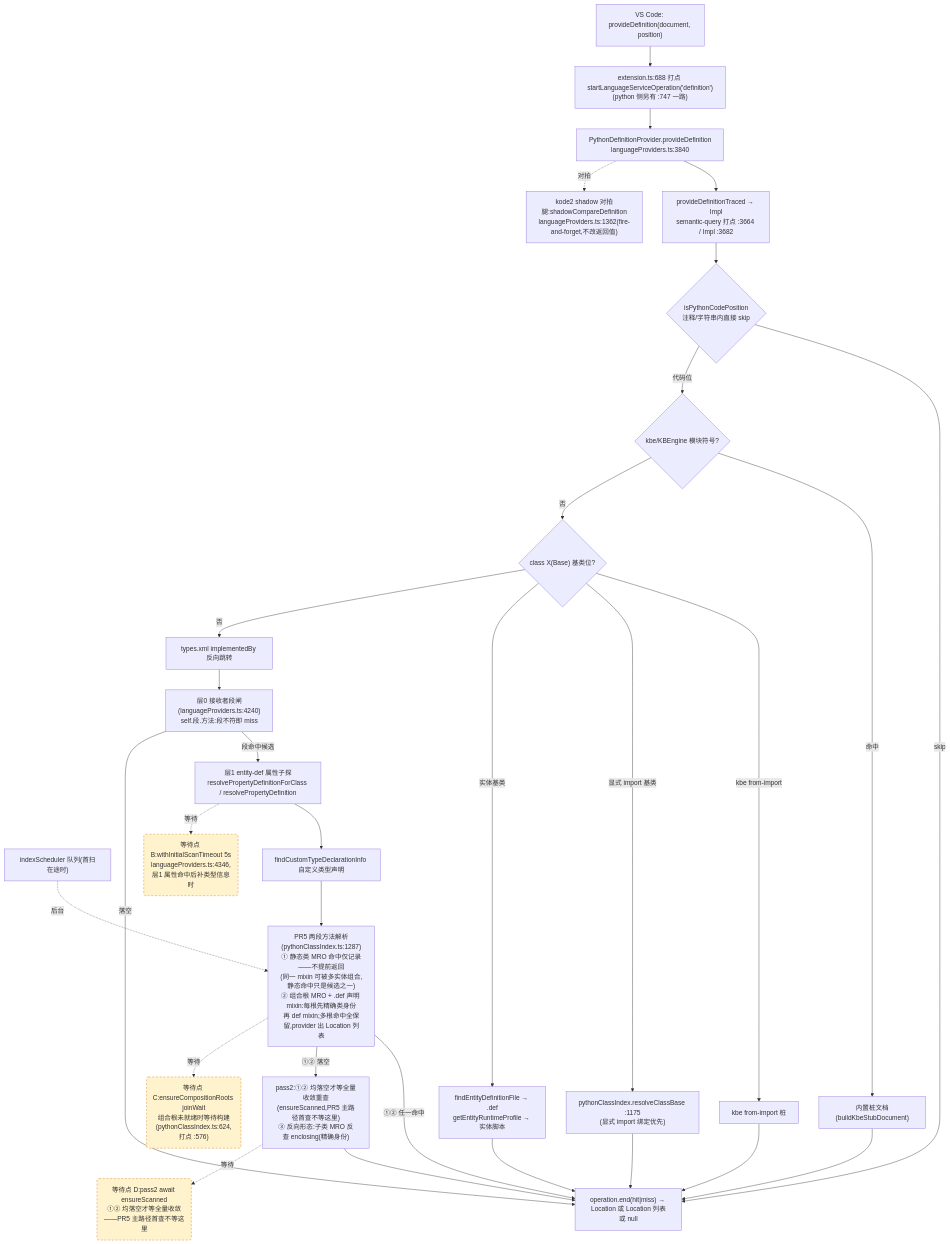
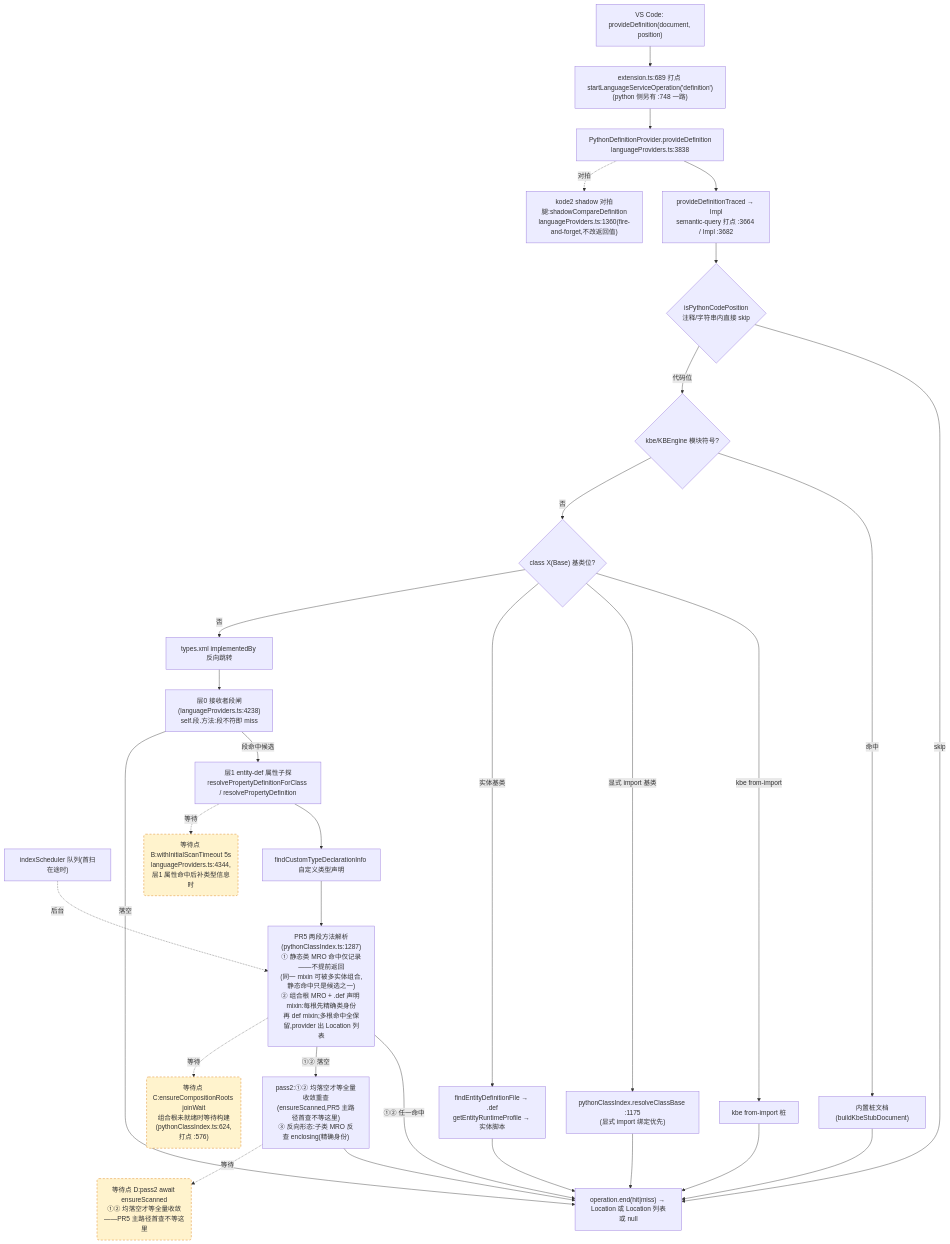
The second of 4 diagrams in docs/perf/2026-baseline.md (cuihairu/kode), drawn with Mermaid before and after one commit. The commit also changed other lines of this file and 9 other files, not shown here.

````diff
--- a/docs/perf/2026-baseline.md
+++ b/docs/perf/2026-baseline.md
@@ -130,51 +130,51 @@
 ```mermaid
 flowchart TD
   VC2["VS Code: provideDefinition(document, position)"]
-  M2["extension.ts:688 打点 startLanguageServiceOperation('definition')<br/>(python 侧另有 :747 一路)"]
-  AD2["PythonDefinitionProvider.provideDefinition<br/>languageProviders.ts:3840"]
+  M2["extension.ts:689 打点 startLanguageServiceOperation('definition')<br/>(python 侧另有 :748 一路)"]
+  AD2["PythonDefinitionProvider.provideDefinition<br/>languageProviders.ts:3838"]
   TR["provideDefinitionTraced → Impl<br/>semantic-query 打点 :3664 / Impl :3682"]
   CTX{"isPythonCodePosition<br/>注释/字符串内直接 skip"}
   KBE{"kbe/KBEngine 模块符号?"}
   STUB["内置桩文档(buildKbeStubDocument)"]
   CB{"class X(Base) 基类位?"}
   CB1["kbe from-import 桩"]
   CB2["pythonClassIndex.resolveClassBase :1175<br/>(显式 import 绑定优先)"]
   CB3["findEntityDefinitionFile → .def<br/>getEntityRuntimeProfile → 实体脚本"]
   REV["types.xml implementedBy 反向跳转"]
-  L0["层0 接收者段闸(languageProviders.ts:4240)<br/>self.段.方法:段不符即 miss"]
+  L0["层0 接收者段闸(languageProviders.ts:4238)<br/>self.段.方法:段不符即 miss"]
   L1["层1 entity-def 属性子探<br/>resolvePropertyDefinitionForClass / resolvePropertyDefinition"]
   SCAN["indexScheduler 队列(首扫在途时)"]
   TY["findCustomTypeDeclarationInfo 自定义类型声明"]
   MRO["PR5 两段方法解析(pythonClassIndex.ts:1287)<br/>① 静态类 MRO 命中仅记录——不提前返回<br/>(同一 mixin 可被多实体组合,静态命中只是候选之一)<br/>② 组合根 MRO + .def 声明 mixin:每根先精确类身份<br/>再 def mixin;多根命中全保留,provider 出 Location 列表"]
   PASS2["pass2:①② 均落空才等全量收敛重查<br/>(ensureScanned,PR5 主路径首查不等这里)<br/>③ 反向形态:子类 MRO 反查 enclosing(精确身份)"]
-  SHD["kode2 shadow 对拍腿:shadowCompareDefinition<br/>languageProviders.ts:1362(fire-and-forget,不改返回值)"]
+  SHD["kode2 shadow 对拍腿:shadowCompareDefinition<br/>languageProviders.ts:1360(fire-and-forget,不改返回值)"]
   END2["operation.end(hit|miss) → Location 或 Location 列表或 null"]
 
   VC2 --> M2 --> AD2 --> TR --> CTX
   CTX -- "skip" --> END2
   CTX -- "代码位" --> KBE
   KBE -- "命中" --> STUB --> END2
   KBE -- "否" --> CB
   CB -- "kbe from-import" --> CB1 --> END2
   CB -- "显式 import 基类" --> CB2 --> END2
   CB -- "实体基类" --> CB3 --> END2
   CB -- "否" --> REV --> L0
   L0 -- "段命中候选" --> L1
   L0 -- "落空" --> END2
   L1 --> TY
   TY --> MRO
   MRO -- "①② 任一命中" --> END2
   MRO -- "①② 落空" --> PASS2 --> END2
   AD2 -.->|对拍| SHD
 
-  WAITB("等待点 B:withInitialScanTimeout 5s<br/>languageProviders.ts:4346,层1 属性命中后补类型信息时")
+  WAITB("等待点 B:withInitialScanTimeout 5s<br/>languageProviders.ts:4344,层1 属性命中后补类型信息时")
   WAITC("等待点 C:ensureCompositionRoots joinWait<br/>组合根未就绪时等待构建(pythonClassIndex.ts:624,打点 :576)")
   WAITD("等待点 D:pass2 await ensureScanned<br/>①② 均落空才等全量收敛——PR5 主路径首查不等这里")
   L1 -.->|等待| WAITB
   MRO -.->|等待| WAITC
   PASS2 -.->|等待| WAITD
   SCAN -.->|后台| MRO
 
   classDef waitPoint fill:#fff3cd,stroke:#d97706,stroke-dasharray:5 4;
   class WAITB,WAITC,WAITD waitPoint;
 ```
````
